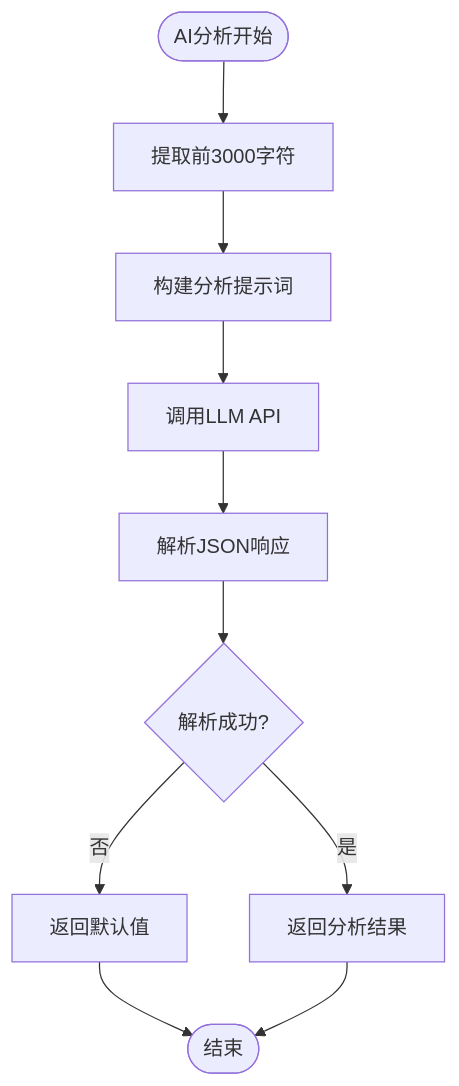
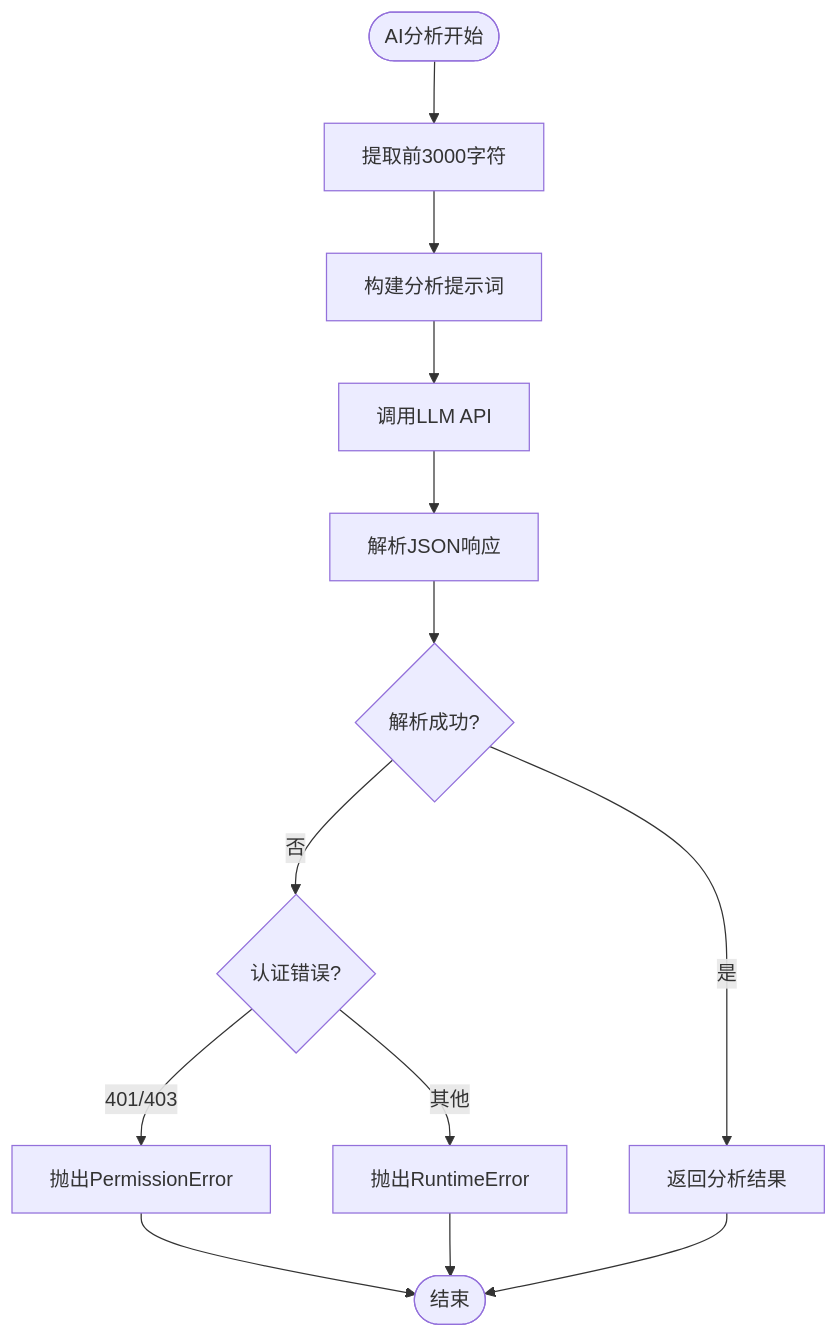
The seventh of 12 diagrams in .qoder/repowiki/zh/content/核心模块/知识库模块.md (2950730liao-hub/whatsapp-reply), drawn with Mermaid before and after one commit. The commit also changed other lines of this file and 6 other files, not shown here.

````diff
--- a/.qoder/repowiki/zh/content/核心模块/知识库模块.md
+++ b/.qoder/repowiki/zh/content/核心模块/知识库模块.md
@@ -353,12 +371,15 @@
 ```mermaid
 flowchart TD
 Start(["AI分析开始"]) --> Extract["提取前3000字符"]
 Extract --> Prompt["构建分析提示词"]
 Prompt --> Call["调用LLM API"]
 Call --> Parse["解析JSON响应"]
 Parse --> Success{"解析成功?"}
 Success --> |是| Return["返回分析结果"]
-Success --> |否| Default["返回默认值"]
-Default --> End(["结束"])
+Success --> |否| AuthError{"认证错误?"}
+AuthError --> |401/403| PermError["抛出PermissionError"]
+AuthError --> |其他| RuntimeErr["抛出RuntimeError"]
+PermError --> End(["结束"])
+RuntimeErr --> End
 Return --> End
 ```
````
